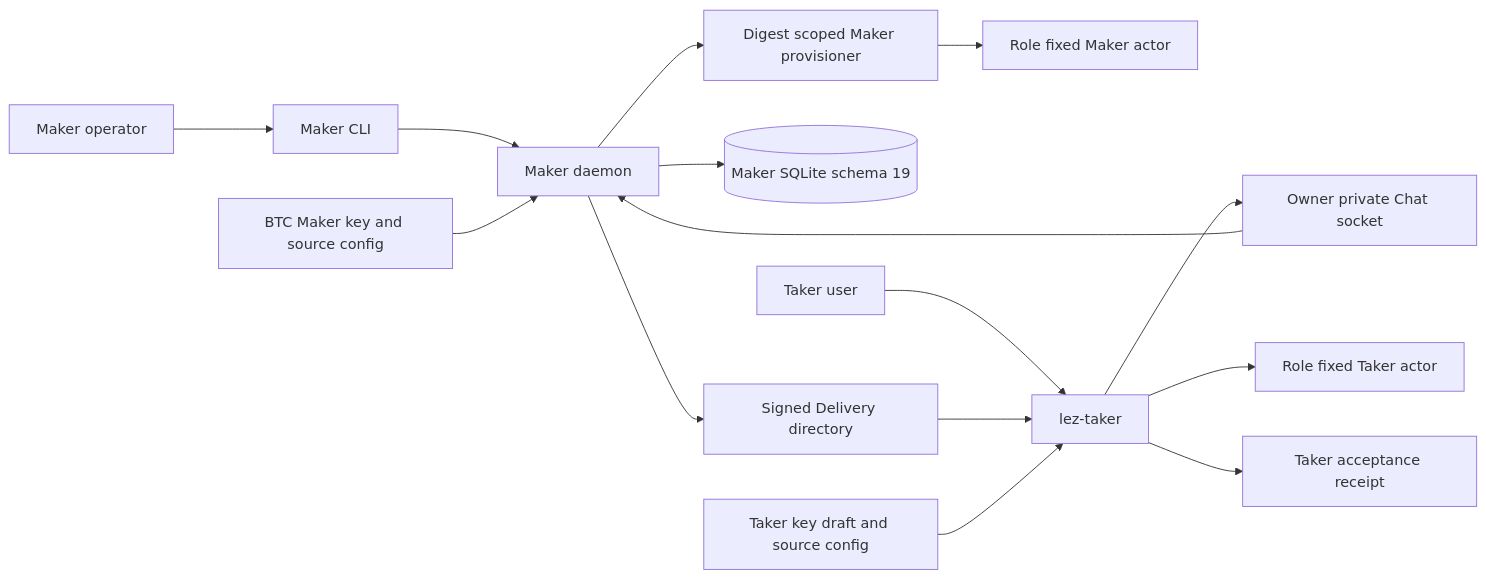
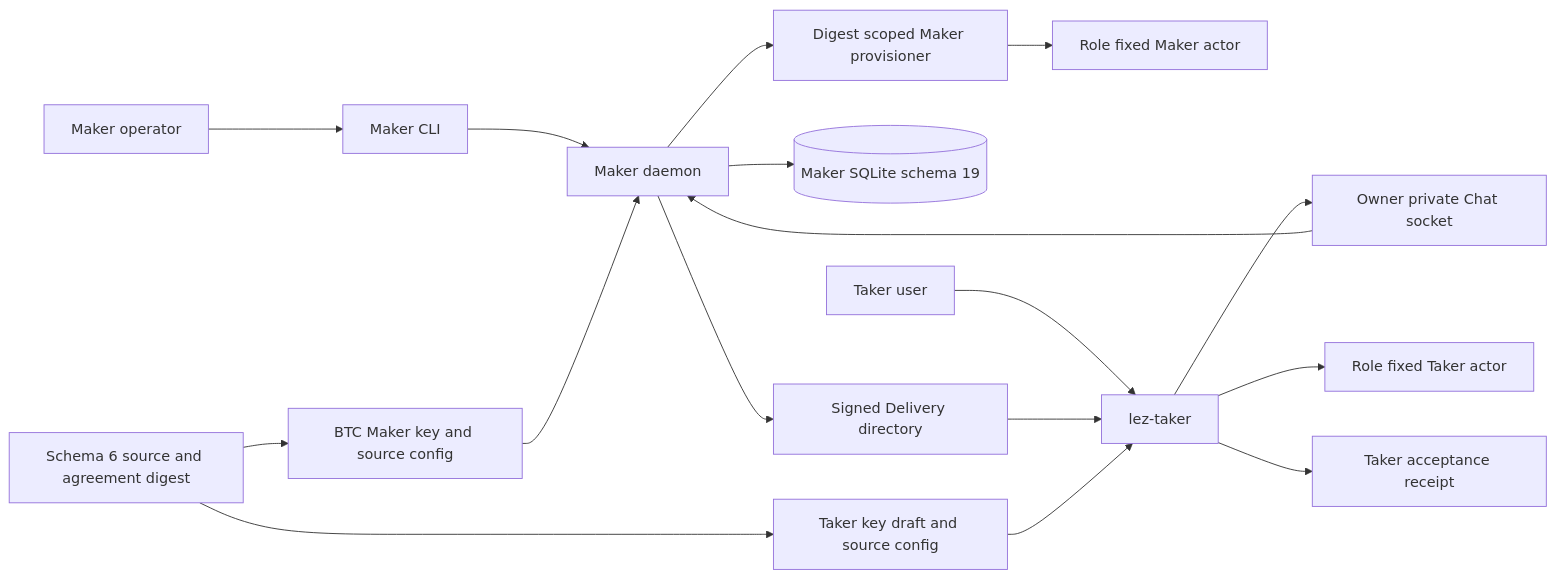
The first of 3 diagrams in docs/architecture/0109-hand-off-btc-from-chat-to-role-actors.md (gateway-fm/lez-atomic-swaps), drawn with Mermaid before and after one commit. The commit also changed other lines of this file and 4 other files, not shown here.

````diff
--- a/docs/architecture/0109-hand-off-btc-from-chat-to-role-actors.md
+++ b/docs/architecture/0109-hand-off-btc-from-chat-to-role-actors.md
@@ -55,32 +63,35 @@
 ```mermaid
 flowchart LR
     Operator[Maker operator]
     MakerCli[Maker CLI]
     Daemon[Maker daemon]
     Delivery[Signed Delivery directory]
     Chat[Owner private Chat socket]
     Store[(Maker SQLite schema 19)]
+    Source[Schema 6 source and agreement digest]
     MakerAuthority[BTC Maker key and source config]
     MakerProvision[Digest scoped Maker provisioner]
     MakerActor[Role fixed Maker actor]
     Taker[Taker user]
     TakerCli[lez-taker]
     TakerAuthority[Taker key draft and source config]
     TakerActor[Role fixed Taker actor]
     Receipt[Taker acceptance receipt]
 
     Operator --> MakerCli
     MakerCli --> Daemon
+    Source --> MakerAuthority
+    Source --> TakerAuthority
     MakerAuthority --> Daemon
     Daemon --> Delivery
     Taker --> TakerCli
     Delivery --> TakerCli
     TakerAuthority --> TakerCli
     TakerCli --> Chat
     Chat --> Daemon
     Daemon --> Store
     Daemon --> MakerProvision
     MakerProvision --> MakerActor
     TakerCli --> TakerActor
     TakerCli --> Receipt
 ```
````
